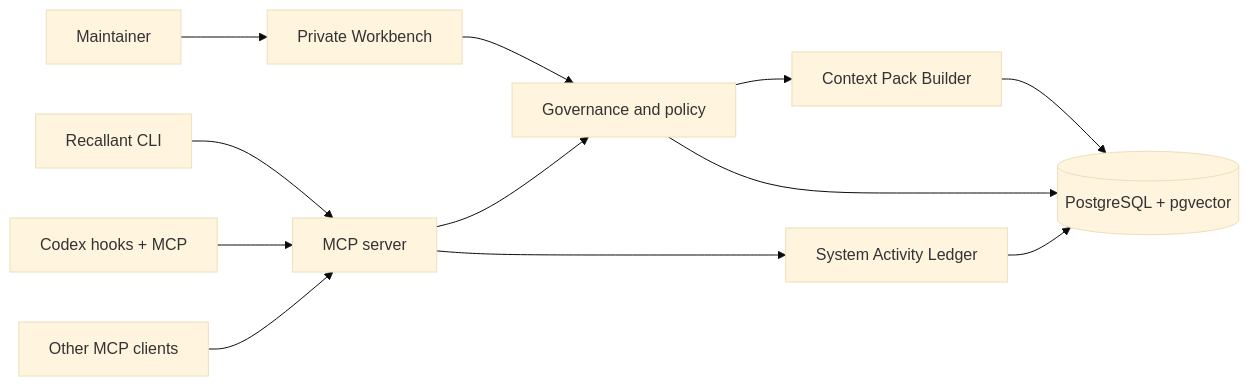
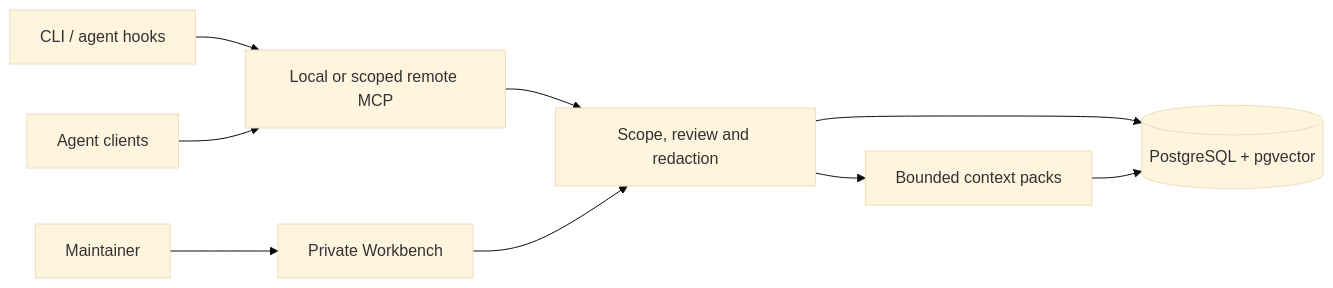
Before and after one commit to Mushkrot/Recallant: the diagram in README.md, drawn with Mermaid (base theme). The commit also changed other lines of this file and 54 other files, not shown here.

````diff
--- a/README.md
+++ b/README.md
@@ -109,16 +118,11 @@
 ```mermaid
 flowchart LR
-  Maintainer["Maintainer"] --> Workbench["Private Workbench"]
-  CLI["Recallant CLI"] --> MCP["MCP server"]
-  Codex["Codex hooks + MCP"] --> MCP
-  Other["Other MCP clients"] --> MCP
-
-  MCP --> Policy["Governance and policy"]
-  Workbench --> Policy
-  MCP --> Audit["System Activity Ledger"]
-  Policy --> Context["Context Pack Builder"]
-
-  Policy --> Store[(PostgreSQL + pgvector)]
-  Context --> Store
-  Audit --> Store
+  CLI["CLI / agent hooks"] --> MCP["Local or scoped remote MCP"]
+  Agents["Agent clients"] --> MCP
+  Human["Maintainer"] --> UI["Private Workbench"]
+  MCP --> Policy["Scope, review and redaction"]
+  UI --> Policy
+  Policy --> Context["Bounded context packs"]
+  Policy --> DB[(PostgreSQL + pgvector)]
+  Context --> DB
 ```
````
